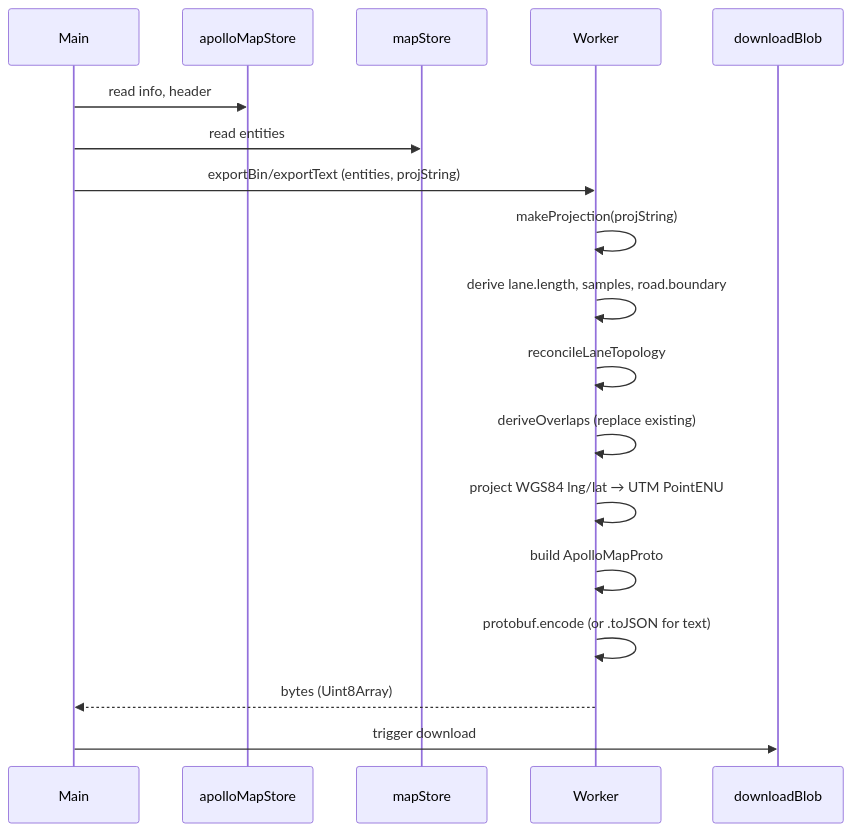
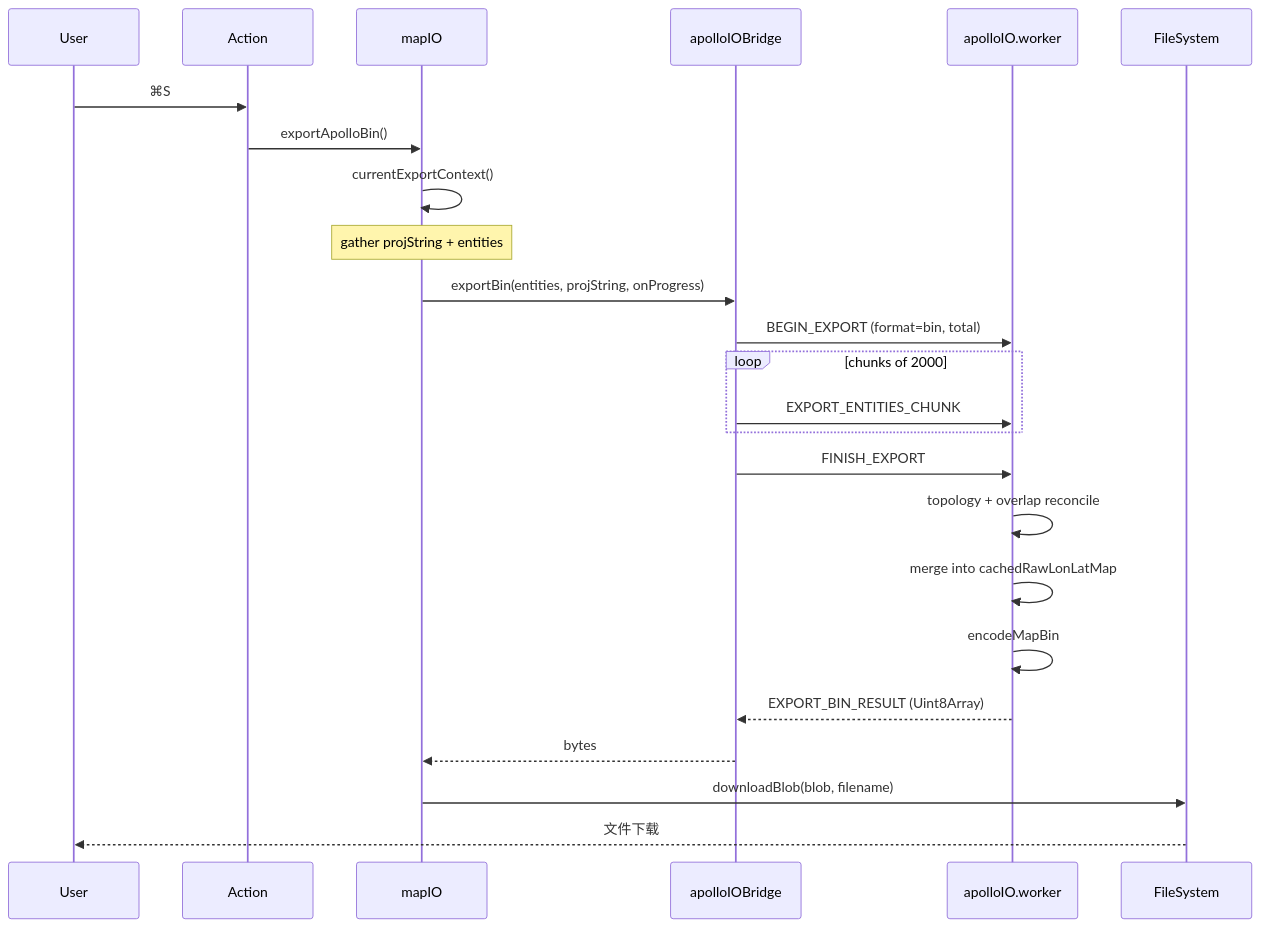
One commit to SakuraPuare/apollo-map-studio changed the second of 2 diagrams in docs/guide/exporting.md. Above: the diagram before and after it, drawn with Mermaid. The commit also changed other lines of this file and 414 other files, not shown here.

````diff
--- a/docs/guide/exporting.md
+++ b/docs/guide/exporting.md
@@ -162,15 +173,27 @@
 ```mermaid
 sequenceDiagram
-  Main->>apolloMapStore: read info, header
-  Main->>mapStore: read entities
-  Main->>Worker: exportBin/exportText (entities, projString)
-  Worker->>Worker: makeProjection(projString)
-  Worker->>Worker: derive lane.length, samples, road.boundary
-  Worker->>Worker: reconcileLaneTopology
-  Worker->>Worker: deriveOverlaps (replace existing)
-  Worker->>Worker: project WGS84 lng/lat → UTM PointENU
-  Worker->>Worker: build ApolloMapProto
-  Worker->>Worker: protobuf.encode (or .toJSON for text)
-  Worker-->>Main: bytes (Uint8Array)
-  Main->>downloadBlob: trigger download
+    participant U as User
+    participant A as Action
+    participant M as mapIO
+    participant B as apolloIOBridge
+    participant W as apolloIO.worker
+    participant F as FileSystem
+
+    U->>A: ⌘S
+    A->>M: exportApolloBin()
+    M->>M: currentExportContext()
+    Note over M: gather projString + entities
+    M->>B: exportBin(entities, projString, onProgress)
+    B->>W: BEGIN_EXPORT (format=bin, total)
+    loop chunks of 2000
+      B->>W: EXPORT_ENTITIES_CHUNK
+    end
+    B->>W: FINISH_EXPORT
+    W->>W: topology + overlap reconcile
+    W->>W: merge into cachedRawLonLatMap
+    W->>W: encodeMapBin
+    W-->>B: EXPORT_BIN_RESULT (Uint8Array)
+    B-->>M: bytes
+    M->>F: downloadBlob(blob, filename)
+    F-->>U: 文件下载
 ```
````
